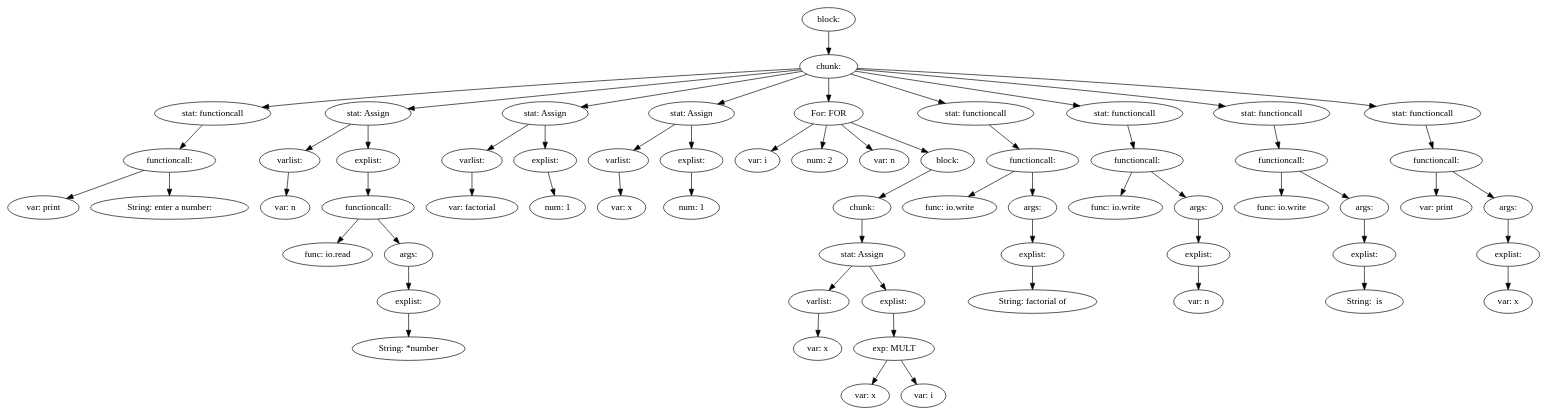
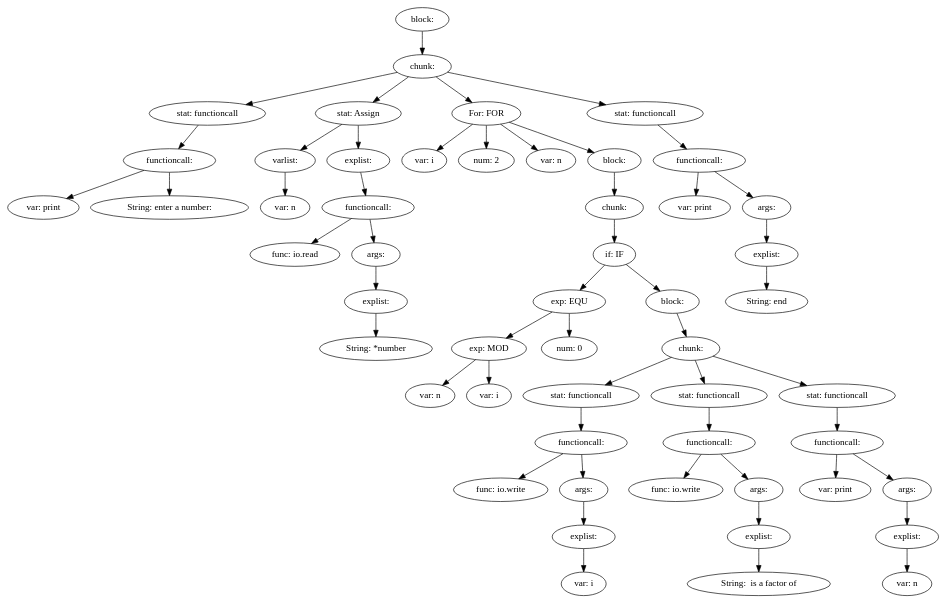
Before and after one commit to Inkaru/compiler: the diagram in ass2/source.md, drawn with Graphviz. The commit also changed 7 other files, not shown here.

````diff
--- a/ass2/source.md
+++ b/ass2/source.md
@@ -1,17 +1,12 @@
 ```graphviz
 digraph {
-65 [label="block: "];
-65 -> 4
+55 [label="block: "];
+55 -> 4
 4 [label="chunk: "];
 4 -> 3
 4 -> 14
-4 -> 19
-4 -> 24
-4 -> 37
-4 -> 44
-4 -> 51
-4 -> 58
-4 -> 64
+4 -> 48
+4 -> 54
 3 [label="stat: functioncall"];
 3 -> 2
 2 [label="functioncall: "];
@@ -36,92 +31,79 @@
 10 [label="explist: "];
 10 -> 9
 9 [label="String: *number"];
-19 [label="stat: Assign"];
-19 -> 16
+48 [label="For: FOR"];
+48 -> 47
+48 -> 15
+48 -> 16
+48 -> 46
+47 [label="var: i"];
+15 [label="num: 2"];
+16 [label="var: n"];
+46 [label="block: "];
+46 -> 45
+45 [label="chunk: "];
+45 -> 44
+44 [label="if: IF"];
+44 -> 21
+44 -> 43
+21 [label="exp: EQU"];
+21 -> 19
+21 -> 20
+19 [label="exp: MOD"];
+19 -> 17
 19 -> 18
-16 [label="varlist: "];
-16 -> 15
-15 [label="var: factorial"];
-18 [label="explist: "];
-18 -> 17
-17 [label="num: 1"];
-24 [label="stat: Assign"];
-24 -> 21
-24 -> 23
-21 [label="varlist: "];
-21 -> 20
-20 [label="var: x"];
-23 [label="explist: "];
-23 -> 22
-22 [label="num: 1"];
-37 [label="For: FOR"];
-37 -> 36
-37 -> 25
-37 -> 26
-37 -> 35
-36 [label="var: i"];
-25 [label="num: 2"];
-26 [label="var: n"];
-35 [label="block: "];
+17 [label="var: n"];
+18 [label="var: i"];
+20 [label="num: 0"];
+43 [label="block: "];
+43 -> 29
+29 [label="chunk: "];
+29 -> 28
+29 -> 36
+29 -> 42
+28 [label="stat: functioncall"];
+28 -> 27
+27 [label="functioncall: "];
+27 -> 23
+27 -> 26
+23 [label="func: io.write"];
+26 [label="args: "];
+26 -> 25
+25 [label="explist: "];
+25 -> 24
+24 [label="var: i"];
+36 [label="stat: functioncall"];
+36 -> 35
+35 [label="functioncall: "];
+35 -> 31
 35 -> 34
-34 [label="chunk: "];
+31 [label="func: io.write"];
+34 [label="args: "];
 34 -> 33
-33 [label="stat: Assign"];
-33 -> 28
+33 [label="explist: "];
 33 -> 32
-28 [label="varlist: "];
-28 -> 27
-27 [label="var: x"];
-32 [label="explist: "];
-32 -> 31
-31 [label="exp: MULT"];
-31 -> 29
-31 -> 30
-29 [label="var: x"];
-30 [label="var: i"];
-44 [label="stat: functioncall"];
-44 -> 43
-43 [label="functioncall: "];
-43 -> 39
-43 -> 42
-39 [label="func: io.write"];
-42 [label="args: "];
+32 [label="String:  is a factor of "];
+42 [label="stat: functioncall"];
 42 -> 41
-41 [label="explist: "];
+41 [label="functioncall: "];
+41 -> 37
 41 -> 40
-40 [label="String: factorial of "];
-51 [label="stat: functioncall"];
+37 [label="var: print"];
+40 [label="args: "];
+40 -> 39
+39 [label="explist: "];
+39 -> 38
+38 [label="var: n"];
+54 [label="stat: functioncall"];
+54 -> 53
+53 [label="functioncall: "];
+53 -> 49
+53 -> 52
+49 [label="var: print"];
+52 [label="args: "];
+52 -> 51
+51 [label="explist: "];
 51 -> 50
-50 [label="functioncall: "];
-50 -> 46
-50 -> 49
-46 [label="func: io.write"];
-49 [label="args: "];
-49 -> 48
-48 [label="explist: "];
-48 -> 47
-47 [label="var: n"];
-58 [label="stat: functioncall"];
-58 -> 57
-57 [label="functioncall: "];
-57 -> 53
-57 -> 56
-53 [label="func: io.write"];
-56 [label="args: "];
-56 -> 55
-55 [label="explist: "];
-55 -> 54
-54 [label="String:  is "];
-64 [label="stat: functioncall"];
-64 -> 63
-63 [label="functioncall: "];
-63 -> 59
-63 -> 62
-59 [label="var: print"];
-62 [label="args: "];
-62 -> 61
-61 [label="explist: "];
-61 -> 60
-60 [label="var: x"];
+50 [label="String: end"];
 }
 ```
````
